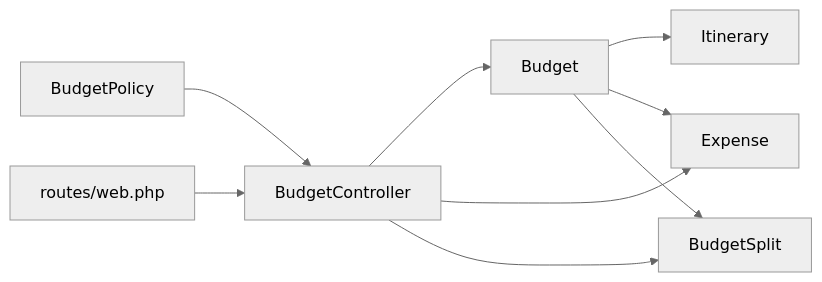
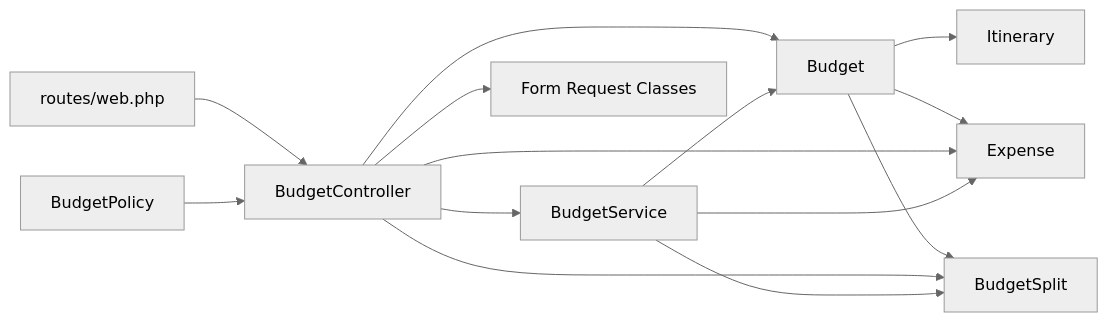
The eighth of 9 diagrams in .qoder/repowiki/en/content/Budget and Expense Tracking.md (VenokM05/Travel_Project), drawn with Mermaid (neutral theme) before and after one commit. The commit also changed other lines of this file and 12 other files, not shown here.

````diff
--- a/.qoder/repowiki/en/content/Budget and Expense Tracking.md
+++ b/.qoder/repowiki/en/content/Budget and Expense Tracking.md
@@ -383,11 +415,16 @@
 ```mermaid
 graph LR
 Policy["BudgetPolicy"] --> Controller["BudgetController"]
 Routes["routes/web.php"] --> Controller
-Controller --> BudgetModel["Budget"]
-Controller --> ExpenseModel["Expense"]
-Controller --> BudgetSplitModel["BudgetSplit"]
+Controller --> Service["BudgetService"]
+Controller --> FormRequests["Form Request Classes"]
+Service --> BudgetModel["Budget"]
+Service --> ExpenseModel["Expense"]
+Service --> BudgetSplitModel["BudgetSplit"]
+Controller --> BudgetModel
+Controller --> ExpenseModel
+Controller --> BudgetSplitModel
 BudgetModel --> ItineraryModel["Itinerary"]
 BudgetModel --> ExpenseModel
 BudgetModel --> BudgetSplitModel
 ```
````
